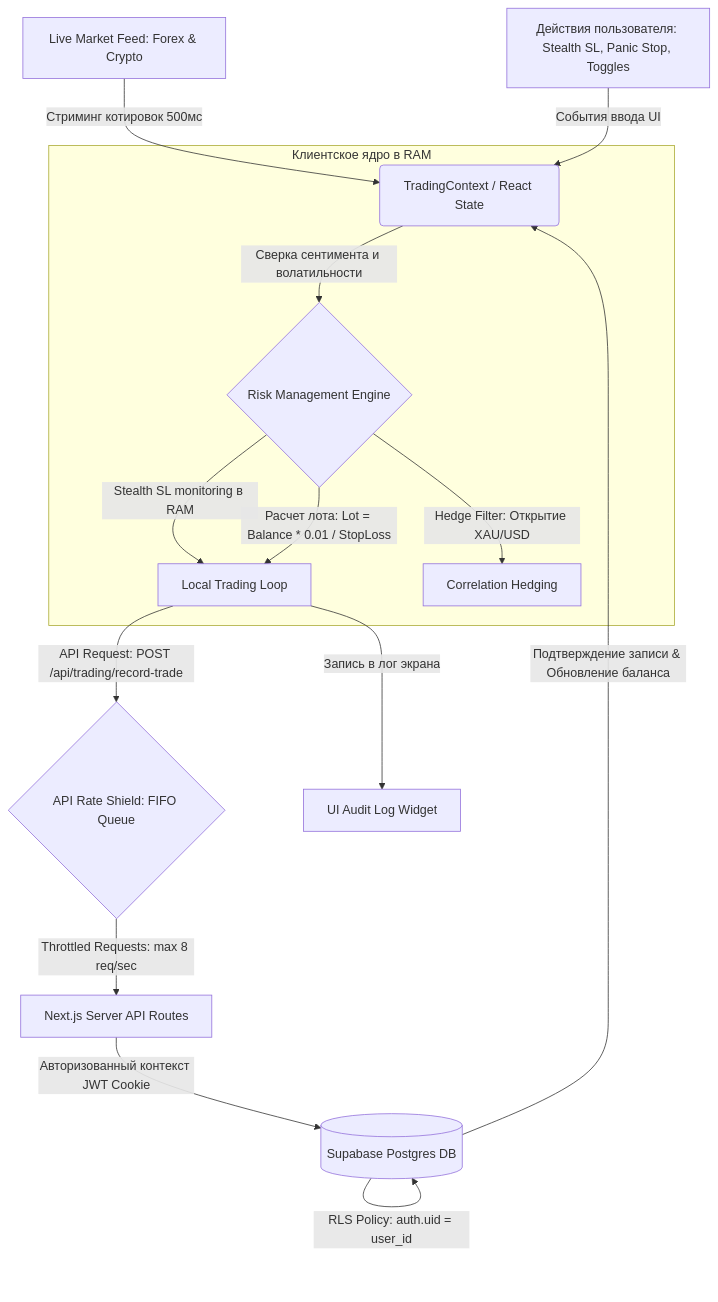
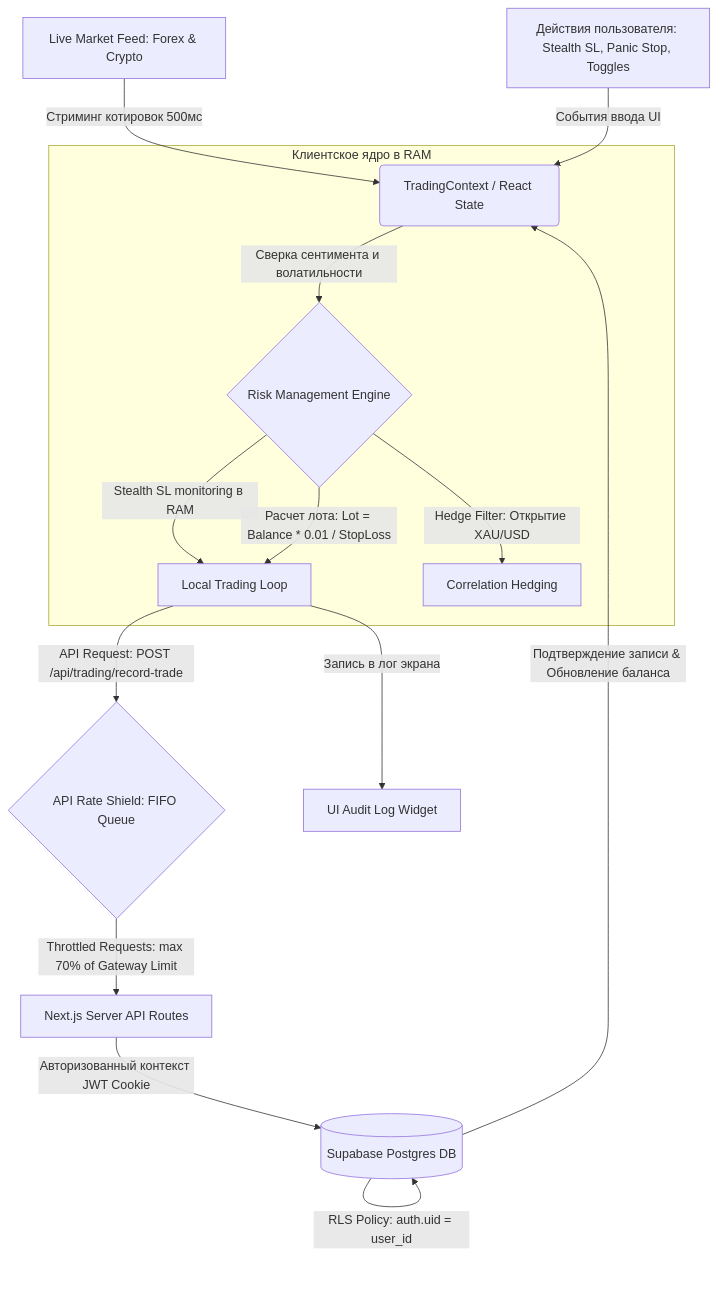
One commit to chcimint-afk/SafeTrade-Analytics changed the diagram in specs/architecture/data-flow-spec.md. Above: the diagram before and after it, drawn with Mermaid. The commit also changed other lines of this file and 3 other files, not shown here.

Commit message:
docs: define API Rate Shield dynamically as 70% of gateway limit, removing hardcoded names

````diff
--- a/specs/architecture/data-flow-spec.md
+++ b/specs/architecture/data-flow-spec.md
@@ -12,26 +12,26 @@
 ```mermaid
 graph TD
     %% Входные данные
     Feed[Live Market Feed: Forex & Crypto] -->|Стриминг котировок 500мс| UIContext(TradingContext / React State)
     UserAct[Действия пользователя: Stealth SL, Panic Stop, Toggles] -->|События ввода UI| UIContext
 
     %% Расчеты в RAM
     subgraph ClientEngine [Клиентское ядро в RAM]
         UIContext -->|Сверка сентимента и волатильности| RiskCheck{Risk Management Engine}
         RiskCheck -->|Stealth SL monitoring в RAM| TradeLoop[Local Trading Loop]
         RiskCheck -->|Расчет лота: Lot = Balance * 0.01 / StopLoss| TradeLoop
         RiskCheck -->|Hedge Filter: Открытие XAU/USD| HedgeEngine[Correlation Hedging]
     end
 
     %% Шлюз API и Безопасность
     TradeLoop -->|API Request: POST /api/trading/record-trade| RateShield{API Rate Shield: FIFO Queue}
-    RateShield -->|Throttled Requests: max 8 req/sec| NextAPI[Next.js Server API Routes]
+    RateShield -->|Throttled Requests: max 70% of Gateway Limit| NextAPI[Next.js Server API Routes]
     
     %% Сервер и База Данных
     NextAPI -->|Авторизованный контекст JWT Cookie| DB[(Supabase Postgres DB)]
     DB -->|RLS Policy: auth.uid = user_id| DB
     
     %% Обратная связь
     DB -->|Подтверждение записи & Обновление баланса| UIContext
     TradeLoop -->|Запись в лог экрана| AuditLog[UI Audit Log Widget]
 ```
````
